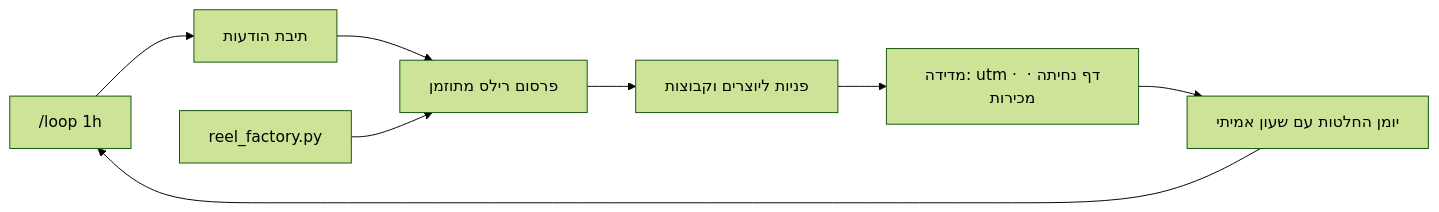
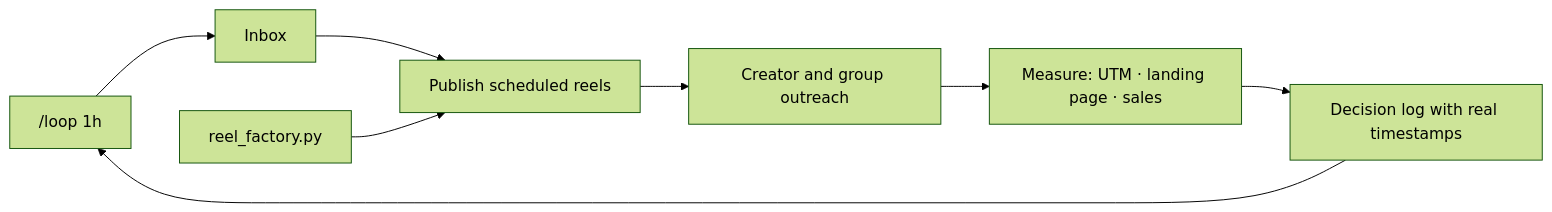
Before and after one commit to danidliod/ai-projects-portfolio: the diagram in projects/05-app-growth-kit.md, drawn with Mermaid (forest theme). The commit also changed other lines of this file and 10 other files, not shown here.

````diff
--- a/projects/05-app-growth-kit.md
+++ b/projects/05-app-growth-kit.md
@@ -24,10 +24,10 @@
 ```mermaid
 flowchart LR
-  L["/loop 1h"] --> I[תיבת הודעות]
-  I --> P[פרסום רילס מתוזמן]
-  P --> O[פניות ליוצרים וקבוצות]
-  O --> M[מדידה: utm · דף נחיתה · מכירות]
-  M --> LOG[יומן החלטות עם שעון אמיתי]
+  L["/loop 1h"] --> I[Inbox]
+  I --> P[Publish scheduled reels]
+  P --> O[Creator and group outreach]
+  O --> M[Measure: UTM · landing page · sales]
+  M --> LOG[Decision log with real timestamps]
   LOG --> L
   RF[reel_factory.py] --> P
 ```
````
